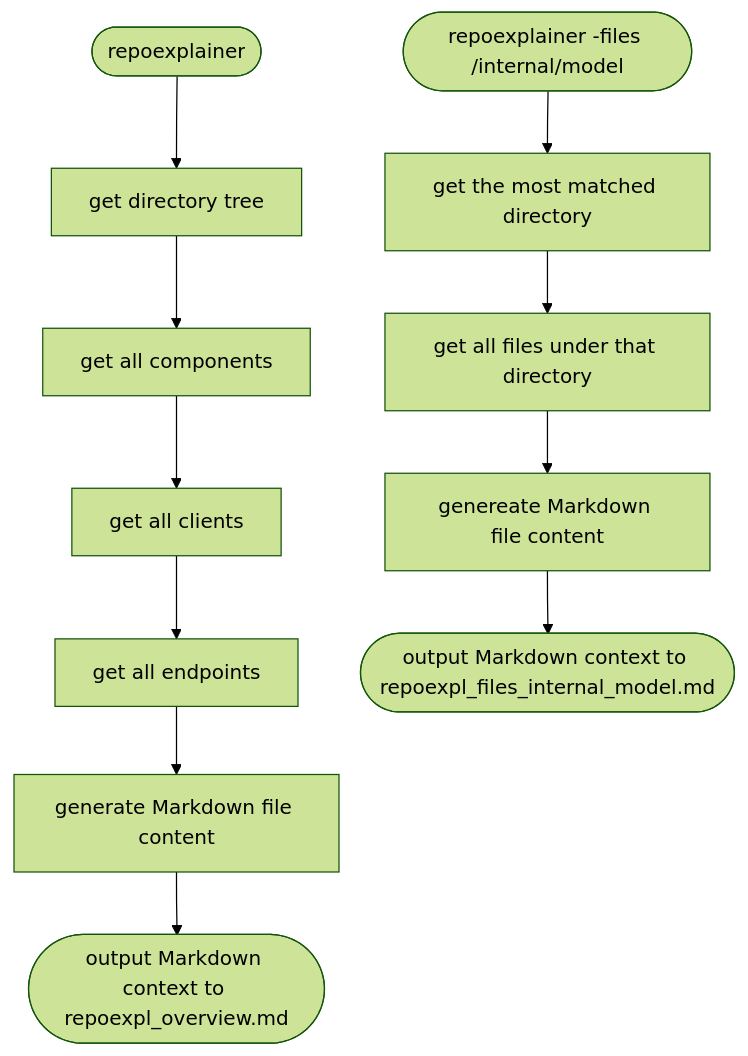
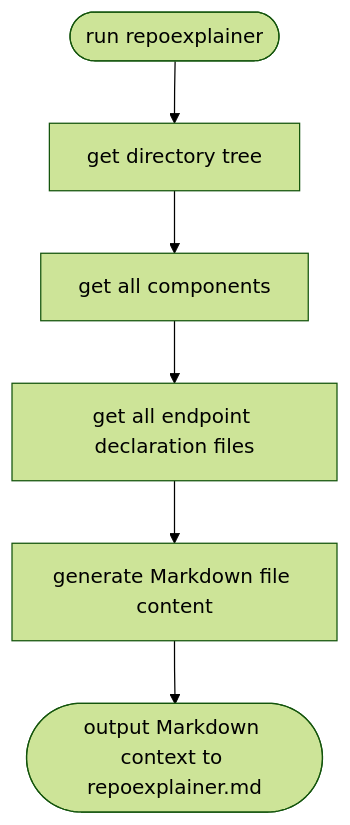
One commit to burwei/repoexplainer changed the diagram in README.md. Above: the diagram before and after it, drawn with Mermaid (forest theme). The commit also changed other lines of this file, not shown here.

Commit message:
remove print files feature and add endpoint declaration files

````diff
--- a/README.md
+++ b/README.md
@@ -38,16 +32,8 @@
 ```mermaid
 flowchart TD
-    A(["repoexplainer"]) --> B[get directory tree]
+    A(["run repoexplainer"]) --> B[get directory tree]
     B --> C[get all components]
-    C --> D[get all clients]
-    D --> E[get all endpoints]
-    E --> F[generate Markdown file content]
-    F --> G(["output Markdown context to repoexpl_overview.md"])
-
-    H(["repoexplainer -files /internal/model"])
-    H --> I[get the most matched directory]
-    I --> J[get all files under that directory]
-    J --> K[genereate Markdown file content]
-    K --> L(["output Markdown context to repoexpl_files_internal_model.md"])
-
+    C --> D[get all endpoint declaration files]
+    D --> E[generate Markdown file content]
+    E --> F(["output Markdown context to repoexplainer.md"])
 ```
````
